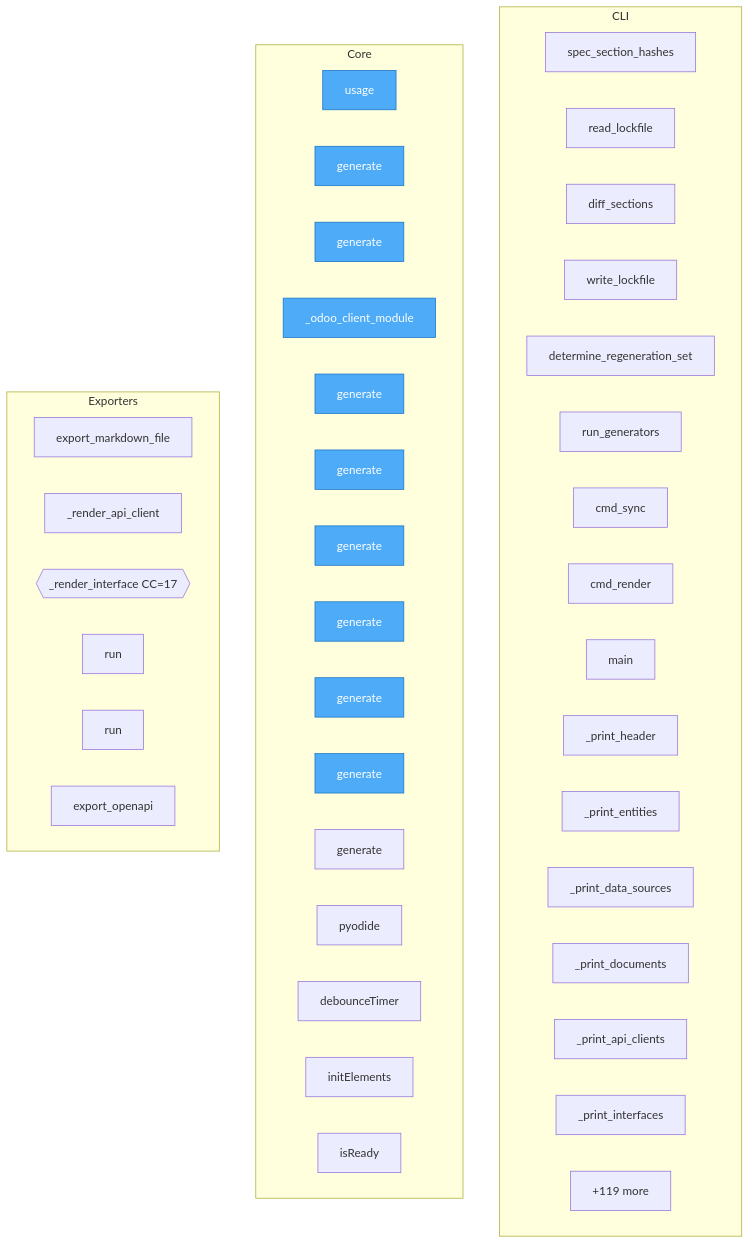
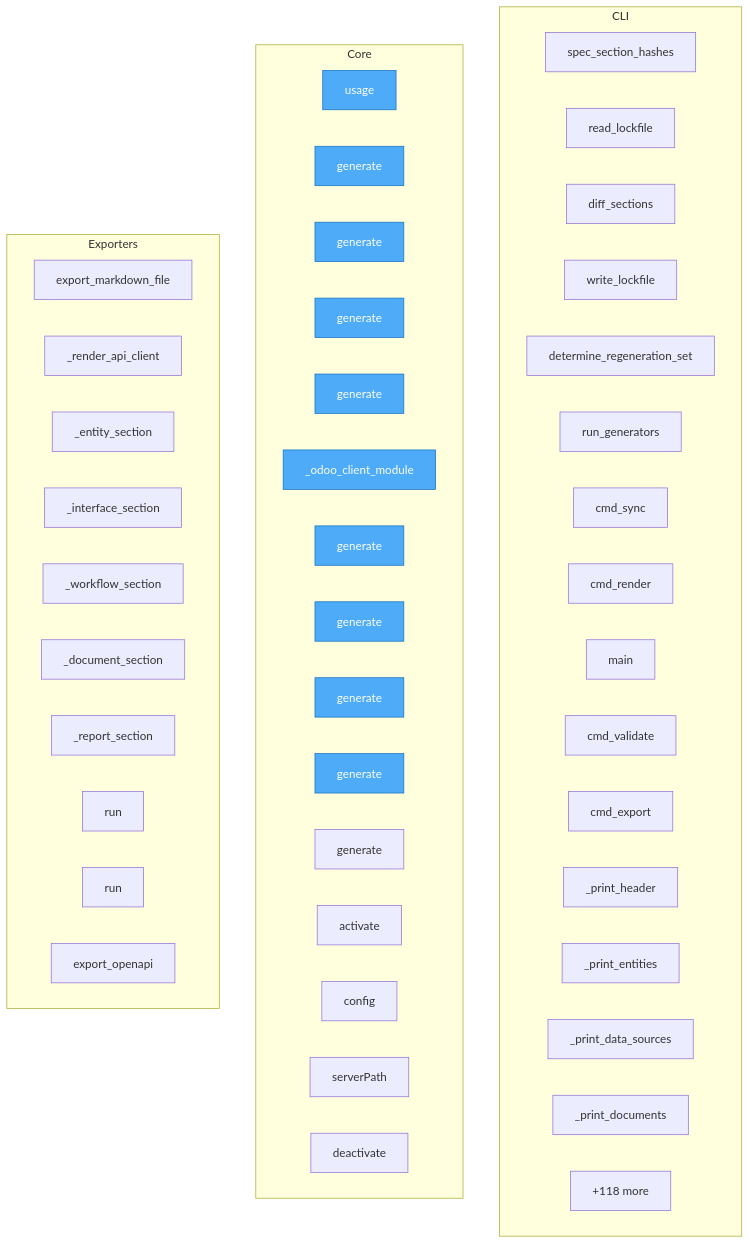
Before and after one commit to oqlos/doql: the diagram in project/flow.mmd, drawn with Mermaid. The commit also changed 18 other files, not shown here.

```diff
--- a/project/flow.mmd
+++ b/project/flow.mmd
@@ -1,53 +1,57 @@
 flowchart TD
 
     %% Entry points (blue)
     classDef entry fill:#4dabf7,stroke:#1971c2,color:#fff
 
     subgraph CLI
         doql__cli__lockfile__spec_section_hashes["spec_section_hashes"]
         doql__cli__lockfile__read_lockfile["read_lockfile"]
         doql__cli__lockfile__diff_sections["diff_sections"]
         doql__cli__lockfile__write_lockfile["write_lockfile"]
         doql__cli__sync__determine_regeneration_set["determine_regeneration_set"]
         doql__cli__sync__run_generators["run_generators"]
         doql__cli__sync__cmd_sync["cmd_sync"]
         doql__cli__commands__render__cmd_render["cmd_render"]
         doql__cli__main__main["main"]
+        doql__cli__commands__validate__cmd_validate["cmd_validate"]
+        doql__cli__commands__export__cmd_export["cmd_export"]
         doql__cli__commands__plan___print_header["_print_header"]
         doql__cli__commands__plan___print_entities["_print_entities"]
         doql__cli__commands__plan___print_data_sources["_print_data_sources"]
         doql__cli__commands__plan___print_documents["_print_documents"]
-        doql__cli__commands__plan___print_api_clients["_print_api_clients"]
-        doql__cli__commands__plan___print_interfaces["_print_interfaces"]
-        ...["+58 more"]
+        ...["+62 more"]
     end
 
     subgraph Core
         doql__usage["usage"]
+        plugins__doql_plugin_fleet__doql_plugin_fleet__generate["generate"]
         plugins__doql_plugin_iso17025__doql_plugin_iso17025__traceability__generate["generate"]
         plugins__doql_plugin_gxp__doql_plugin_gxp__generate["generate"]
+        plugins__doql_plugin_iso17025__doql_plugin_iso17025__generate["generate"]
         plugins__doql_plugin_erp__doql_plugin_erp___odoo_client_module["_odoo_client_module"]
         plugins__doql_plugin_erp__doql_plugin_erp__generate["generate"]
-        plugins__doql_plugin_iso17025__doql_plugin_iso17025__generate["generate"]
         plugins__doql_plugin_iso17025__doql_plugin_iso17025__certificate__generate["generate"]
         plugins__doql_plugin_iso17025__doql_plugin_iso17025__migration__generate["generate"]
-        plugins__doql_plugin_fleet__doql_plugin_fleet__generate["generate"]
+        plugins__doql_plugin_iso17025__doql_plugin_iso17025__uncertainty__generate["generate"]
         plugins__doql_plugin_iso17025__doql_plugin_iso17025__drift_monitor__generate["generate"]
-        plugins__doql_plugin_iso17025__doql_plugin_iso17025__uncertainty__generate["generate"]
-        playground__pyodide_bridge__pyodide["pyodide"]
-        playground__pyodide_bridge__debounceTimer["debounceTimer"]
-        playground__pyodide_bridge__initElements["initElements"]
-        playground__pyodide_bridge__isReady["isReady"]
-        ...["+119 more"]
+        vscode_doql__src__extension__activate["activate"]
+        vscode_doql__src__extension__config["config"]
+        vscode_doql__src__extension__serverPath["serverPath"]
+        vscode_doql__src__extension__deactivate["deactivate"]
+        ...["+118 more"]
     end
 
     subgraph Exporters
         doql__exporters__markdown__export_markdown_file["export_markdown_file"]
         doql__exporters__css__renderers___render_api_client["_render_api_client"]
-        doql__exporters__css__renderers___render_interface{{_render_interface CC=17}}
+        doql__exporters__markdown__sections___entity_section["_entity_section"]
+        doql__exporters__markdown__sections___interface_section["_interface_section"]
+        doql__exporters__markdown__sections___workflow_section["_workflow_section"]
+        doql__exporters__markdown__sections___document_section["_document_section"]
+        doql__exporters__markdown__sections___report_section["_report_section"]
         doql__generators__export_postman__run["run"]
         doql__generators__export_ts_sdk__run["run"]
         doql__generators__api_gen__export_openapi["export_openapi"]
     end
 
-    class doql__usage,plugins__doql_plugin_iso17025__doql_plugin_iso17025__traceability__generate,plugins__doql_plugin_gxp__doql_plugin_gxp__generate,plugins__doql_plugin_erp__doql_plugin_erp___odoo_client_module,plugins__doql_plugin_erp__doql_plugin_erp__generate,plugins__doql_plugin_iso17025__doql_plugin_iso17025__generate,plugins__doql_plugin_iso17025__doql_plugin_iso17025__certificate__generate,plugins__doql_plugin_iso17025__doql_plugin_iso17025__migration__generate,plugins__doql_plugin_fleet__doql_plugin_fleet__generate,plugins__doql_plugin_iso17025__doql_plugin_iso17025__drift_monitor__generate entry
+    class doql__usage,plugins__doql_plugin_fleet__doql_plugin_fleet__generate,plugins__doql_plugin_iso17025__doql_plugin_iso17025__traceability__generate,plugins__doql_plugin_gxp__doql_plugin_gxp__generate,plugins__doql_plugin_iso17025__doql_plugin_iso17025__generate,plugins__doql_plugin_erp__doql_plugin_erp___odoo_client_module,plugins__doql_plugin_erp__doql_plugin_erp__generate,plugins__doql_plugin_iso17025__doql_plugin_iso17025__certificate__generate,plugins__doql_plugin_iso17025__doql_plugin_iso17025__migration__generate,plugins__doql_plugin_iso17025__doql_plugin_iso17025__uncertainty__generate entry
```
